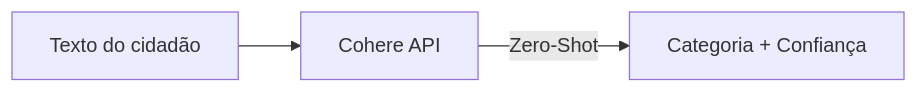
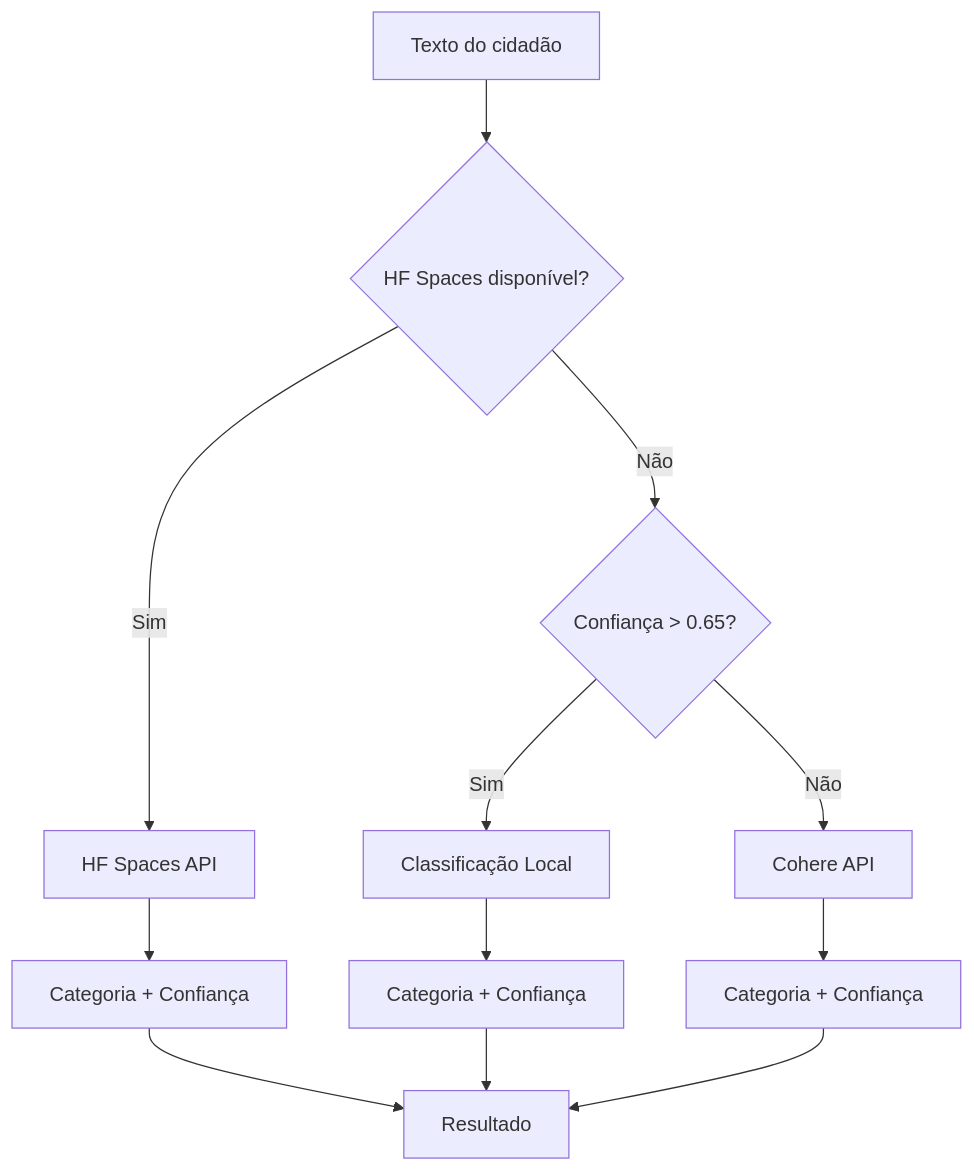
Before and after one commit to cavalcanteprofissional/ouvidoria-ai: the second of 6 diagrams in README.md, drawn with Mermaid. The commit also changed other lines of this file, not shown here.

Commit message:
docs(readme): update architecture to reflect current implementation

````diff
--- a/README.md
+++ b/README.md
@@ -59,5 +65,14 @@
 ```mermaid
-flowchart LR
-    Input[Texto do cidadão] --> Cohere[Cohere API]
-    Cohere -->|Zero-Shot| Output[Categoria + Confiança]
+flowchart TD
+    Input[Texto do cidadão] --> HF_Spaces{HF Spaces disponível?}
+    HF_Spaces -->|Sim| HF[HF Spaces API]
+    HF_Spaces -->|Não| Local{Confiança > 0.65?}
+    Local -->|Sim| LocalMock[Classificação Local]
+    Local -->|Não| Cohere[Cohere API]
+    HF --> Output1[Categoria + Confiança]
+    LocalMock --> Output2[Categoria + Confiança]
+    Cohere --> Output3[Categoria + Confiança]
+    Output1 --> Output[Resultado]
+    Output2 --> Output
+    Output3 --> Output
 ```
````
